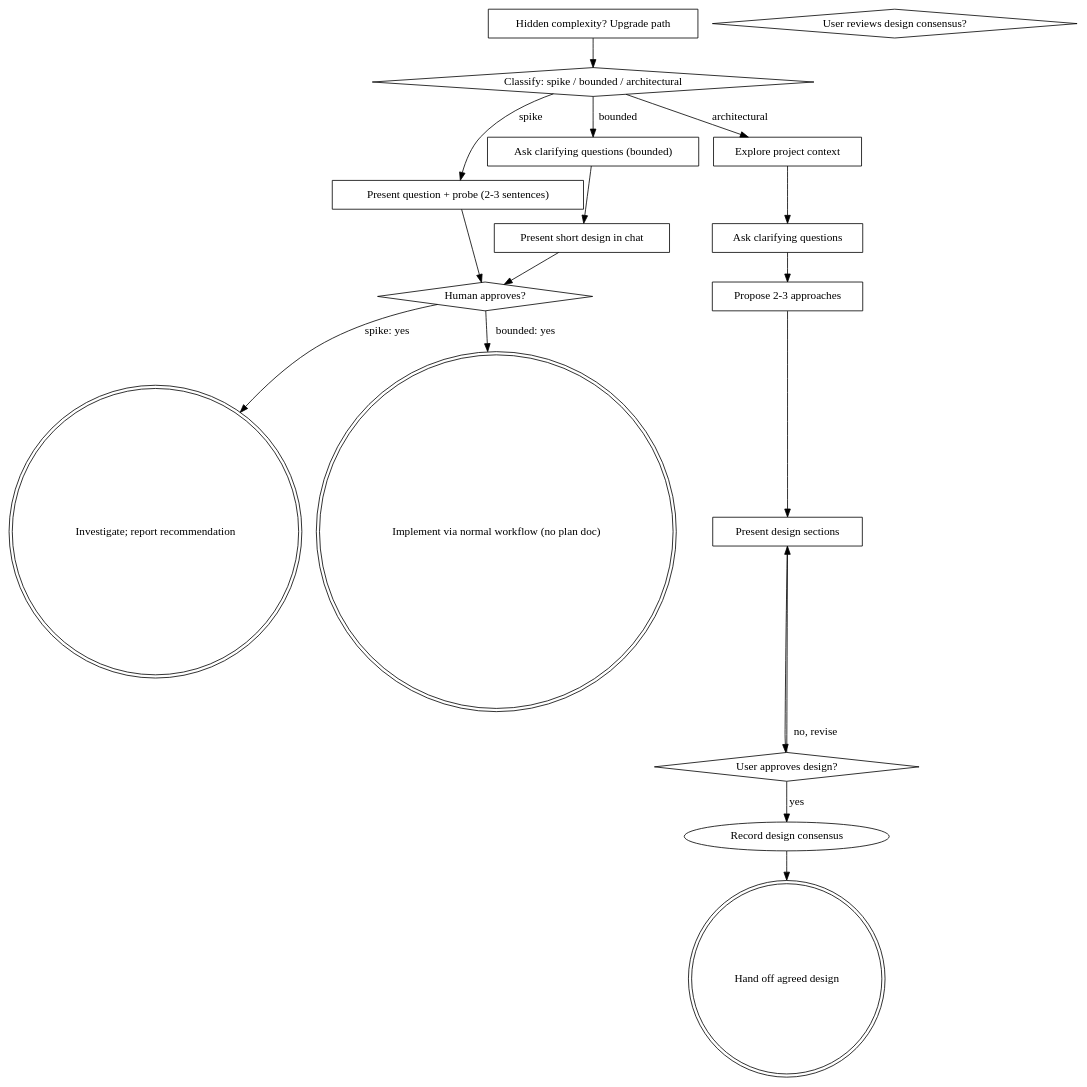
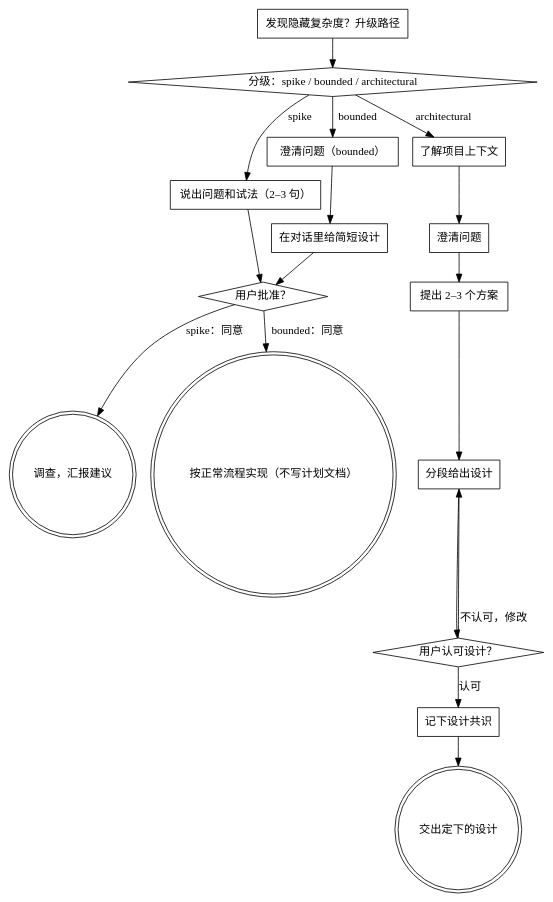
One commit to fixcode-h/agent-panel changed the diagram in skills/workflow/brainstorming/SKILL.md. Above: the diagram before and after it, drawn with Graphviz. The commit also changed other lines of this file and 5 other files, not shown here.

````diff
--- a/skills/workflow/brainstorming/SKILL.md
+++ b/skills/workflow/brainstorming/SKILL.md
@@ -112,36 +78,36 @@
 ```dot
 digraph brainstorming {
-    "Classify: spike / bounded / architectural" [shape=diamond];
-    "Present question + probe (2-3 sentences)" [shape=box];
-    "Ask clarifying questions (bounded)" [shape=box];
-    "Present short design in chat" [shape=box];
-    "Human approves?" [shape=diamond];
-    "Investigate; report recommendation" [shape=doublecircle];
-    "Implement via normal workflow (no plan doc)" [shape=doublecircle];
-    "Explore project context" [shape=box];
-    "Ask clarifying questions" [shape=box];
-    "Propose 2-3 approaches" [shape=box];
-    "Present design sections" [shape=box];
-    "User approves design?" [shape=diamond];
-    "User reviews design consensus?" [shape=diamond];
-    "Hand off agreed design" [shape=doublecircle];
-    "Hidden complexity? Upgrade path" [shape=box];
+    "分级：spike / bounded / architectural" [shape=diamond];
+    "说出问题和试法（2–3 句）" [shape=box];
+    "澄清问题（bounded）" [shape=box];
+    "在对话里给简短设计" [shape=box];
+    "用户批准？" [shape=diamond];
+    "调查，汇报建议" [shape=doublecircle];
+    "按正常流程实现（不写计划文档）" [shape=doublecircle];
+    "了解项目上下文" [shape=box];
+    "澄清问题" [shape=box];
+    "提出 2–3 个方案" [shape=box];
+    "分段给出设计" [shape=box];
+    "用户认可设计？" [shape=diamond];
+    "记下设计共识" [shape=box];
+    "交出定下的设计" [shape=doublecircle];
+    "发现隐藏复杂度？升级路径" [shape=box];
 
-    "Classify: spike / bounded / architectural" -> "Present question + probe (2-3 sentences)" [label="spike"];
-    "Classify: spike / bounded / architectural" -> "Ask clarifying questions (bounded)" [label="bounded"];
-    "Classify: spike / bounded / architectural" -> "Explore project context" [label="architectural"];
-    "Present question + probe (2-3 sentences)" -> "Human approves?";
-    "Ask clarifying questions (bounded)" -> "Present short design in chat";
-    "Present short design in chat" -> "Human approves?";
-    "Human approves?" -> "Investigate; report recommendation" [label="spike: yes"];
-    "Human approves?" -> "Implement via normal workflow (no plan doc)" [label="bounded: yes"];
-    "Hidden complexity? Upgrade path" -> "Classify: spike / bounded / architectural";
-    "Explore project context" -> "Ask clarifying questions";
-    "Ask clarifying questions" -> "Propose 2-3 approaches";
-    "Propose 2-3 approaches" -> "Present design sections";
-    "Present design sections" -> "User approves design?";
-    "User approves design?" -> "Present design sections" [label="no, revise"];
-"User approves design?" -> "Record design consensus" [label="yes"];
-"Record design consensus" -> "Hand off agreed design";
+    "分级：spike / bounded / architectural" -> "说出问题和试法（2–3 句）" [label="spike"];
+    "分级：spike / bounded / architectural" -> "澄清问题（bounded）" [label="bounded"];
+    "分级：spike / bounded / architectural" -> "了解项目上下文" [label="architectural"];
+    "说出问题和试法（2–3 句）" -> "用户批准？";
+    "澄清问题（bounded）" -> "在对话里给简短设计";
+    "在对话里给简短设计" -> "用户批准？";
+    "用户批准？" -> "调查，汇报建议" [label="spike：同意"];
+    "用户批准？" -> "按正常流程实现（不写计划文档）" [label="bounded：同意"];
+    "发现隐藏复杂度？升级路径" -> "分级：spike / bounded / architectural";
+    "了解项目上下文" -> "澄清问题";
+    "澄清问题" -> "提出 2–3 个方案";
+    "提出 2–3 个方案" -> "分段给出设计";
+    "分段给出设计" -> "用户认可设计？";
+    "用户认可设计？" -> "分段给出设计" [label="不认可，修改"];
+    "用户认可设计？" -> "记下设计共识" [label="认可"];
+    "记下设计共识" -> "交出定下的设计";
 }
 ```
````
